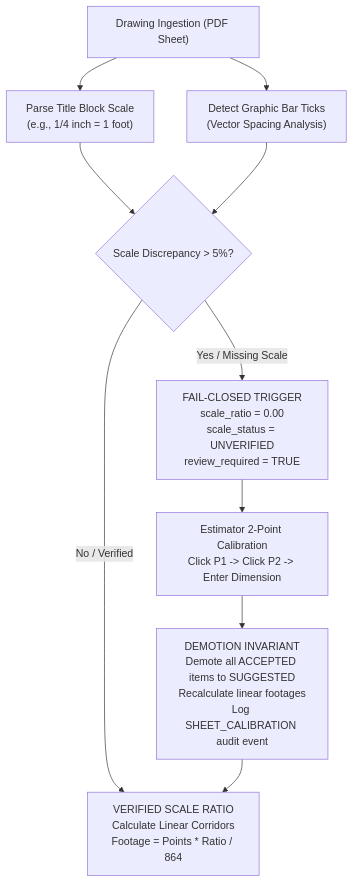
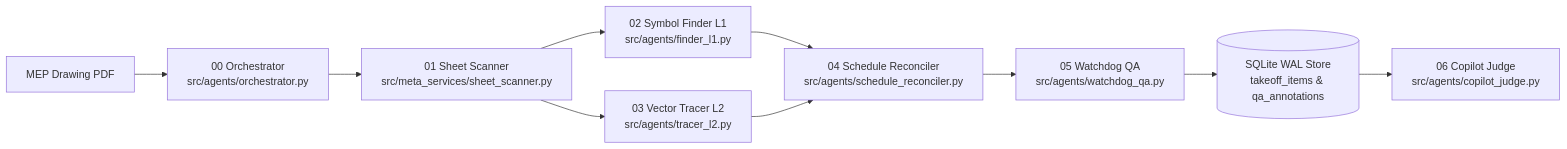
Before and after one commit to weslyjohn1307/BlueTrace: the diagram in README.md, drawn with Mermaid. The commit also changed other lines of this file and 1 other file, not shown here.

````diff
--- a/README.md
+++ b/README.md
@@ -131,15 +65,12 @@
 ```mermaid
-flowchart TD
-    Start["Drawing Ingestion (PDF Sheet)"] --> TitleBlock["Parse Title Block Scale<br/>(e.g., 1/4 inch = 1 foot)"]
-    Start --> GraphicBar["Detect Graphic Bar Ticks<br/>(Vector Spacing Analysis)"]
-    
-    TitleBlock --> Check{"Scale Discrepancy > 5%?"}
-    GraphicBar --> Check
-    
-    Check -- "Yes / Missing Scale" --> FailClosed["FAIL-CLOSED TRIGGER<br/>scale_ratio = 0.00<br/>scale_status = UNVERIFIED<br/>review_required = TRUE"]
-    Check -- "No / Verified" --> Verified["VERIFIED SCALE RATIO<br/>Calculate Linear Corridors<br/>Footage = Points * Ratio / 864"]
-    
-    FailClosed --> UserCalibrate["Estimator 2-Point Calibration<br/>Click P1 -> Click P2 -> Enter Dimension"]
-    UserCalibrate --> DemoteItems["DEMOTION INVARIANT<br/>Demote all ACCEPTED items to SUGGESTED<br/>Recalculate linear footages<br/>Log SHEET_CALIBRATION audit event"]
-    DemoteItems --> Verified
+flowchart LR
+    PDF["MEP Drawing PDF"] --> A0["00 Orchestrator<br/>src/agents/orchestrator.py"]
+    A0 --> A1["01 Sheet Scanner<br/>src/meta_services/sheet_scanner.py"]
+    A1 --> A2["02 Symbol Finder L1<br/>src/agents/finder_l1.py"]
+    A1 --> A3["03 Vector Tracer L2<br/>src/agents/tracer_l2.py"]
+    A2 --> A4["04 Schedule Reconciler<br/>src/agents/schedule_reconciler.py"]
+    A3 --> A4
+    A4 --> A5["05 Watchdog QA<br/>src/agents/watchdog_qa.py"]
+    A5 --> Store[("SQLite WAL Store<br/>takeoff_items & qa_annotations")]
+    Store --> A6["06 Copilot Judge<br/>src/agents/copilot_judge.py"]
 ```
````
